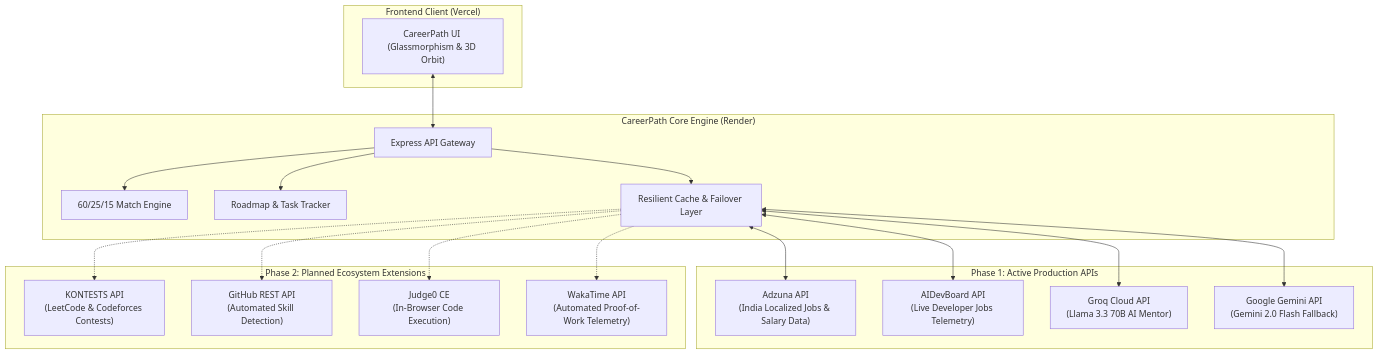
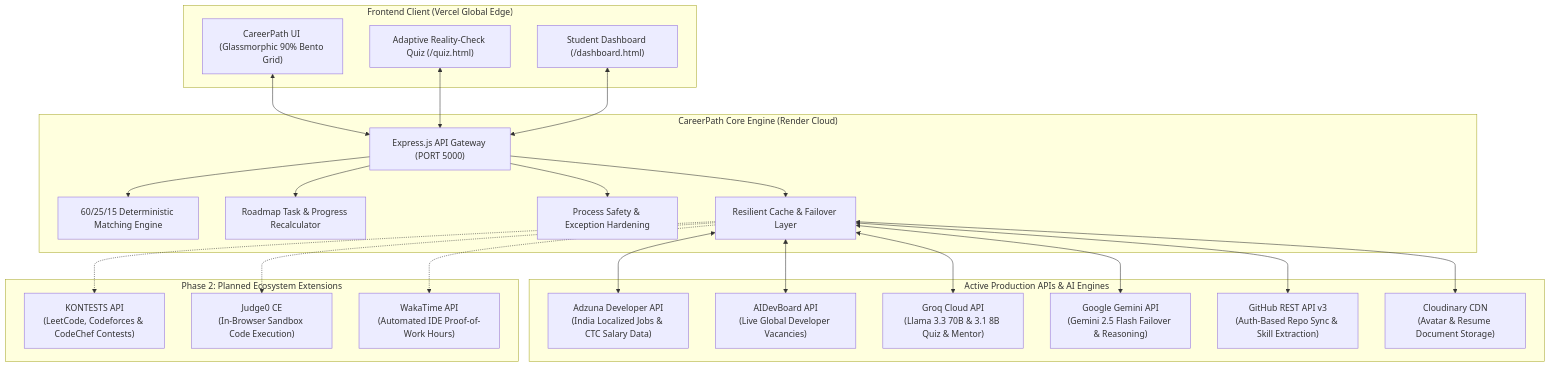
Before and after one commit to parthpatil1234p-svg/careerpath-ai: the diagram in docs/API-ECOSYSTEM.md, drawn with Mermaid. The commit also changed other lines of this file and 10 other files, not shown here.

````diff
--- a/docs/API-ECOSYSTEM.md
+++ b/docs/API-ECOSYSTEM.md
@@ -14,42 +15,51 @@
 ```mermaid
 flowchart TD
-    subgraph Client ["Frontend Client (Vercel)"]
-        UI["CareerPath UI (Glassmorphism & 3D Orbit)"]
+    subgraph Client ["Frontend Client (Vercel Global Edge)"]
+        UI["CareerPath UI (Glassmorphic 90% Bento Grid)"]
+        QuizUI["Adaptive Reality-Check Quiz (/quiz.html)"]
+        DashUI["Student Dashboard (/dashboard.html)"]
     end
 
-    subgraph Backend ["CareerPath Core Engine (Render)"]
-        API_GW["Express API Gateway"]
-        Scoring["60/25/15 Match Engine"]
-        TaskTracker["Roadmap & Task Tracker"]
+    subgraph Backend ["CareerPath Core Engine (Render Cloud)"]
+        API_GW["Express.js API Gateway (PORT 5000)"]
+        Scoring["60/25/15 Deterministic Matching Engine"]
+        TaskTracker["Roadmap Task & Progress Recalculator"]
+        ProcessSafety["Process Safety & Exception Hardening"]
         Failover["Resilient Cache & Failover Layer"]
     end
 
-    subgraph LiveAPIs ["Phase 1: Active Production APIs"]
-        Adzuna["Adzuna API\n(India Localized Jobs & Salary Data)"]
-        AIDev["AIDevBoard API\n(Live Developer Jobs Telemetry)"]
-        GroqAI["Groq Cloud API\n(Llama 3.3 70B AI Mentor)"]
-        GeminiAI["Google Gemini API\n(Gemini 2.0 Flash Fallback)"]
+    subgraph LiveAPIs ["Active Production APIs & AI Engines"]
+        Adzuna["Adzuna Developer API\n(India Localized Jobs & CTC Salary Data)"]
+        AIDev["AIDevBoard API\n(Live Global Developer Vacancies)"]
+        GroqAI["Groq Cloud API\n(Llama 3.3 70B & 3.1 8B Quiz & Mentor)"]
+        GeminiAI["Google Gemini API\n(Gemini 2.5 Flash Failover & Reasoning)"]
+        GitHubAPI["GitHub REST API v3\n(Auth-Based Repo Sync & Skill Extraction)"]
+        CloudinaryAPI["Cloudinary CDN\n(Avatar & Resume Document Storage)"]
     end
 
     subgraph Phase2APIs ["Phase 2: Planned Ecosystem Extensions"]
-        Kontests["KONTESTS API\n(LeetCode & Codeforces Contests)"]
-        GitHubAPI["GitHub REST API\n(Automated Skill Detection)"]
-        Judge0["Judge0 CE\n(In-Browser Code Execution)"]
-        WakaTime["WakaTime API\n(Automated Proof-of-Work Telemetry)"]
+        Kontests["KONTESTS API\n(LeetCode, Codeforces & CodeChef Contests)"]
+        Judge0["Judge0 CE\n(In-Browser Sandbox Code Execution)"]
+        WakaTime["WakaTime API\n(Automated IDE Proof-of-Work Hours)"]
     end
 
     UI <--> API_GW
+    QuizUI <--> API_GW
+    DashUI <--> API_GW
+
     API_GW --> Scoring
     API_GW --> TaskTracker
+    API_GW --> ProcessSafety
     API_GW --> Failover
 
     Failover <--> Adzuna
     Failover <--> AIDev
     Failover <--> GroqAI
     Failover <--> GeminiAI
+    Failover <--> GitHubAPI
+    Failover <--> CloudinaryAPI
 
     Failover -.-> Kontests
-    Failover -.-> GitHubAPI
     Failover -.-> Judge0
     Failover -.-> WakaTime
 ```
````
